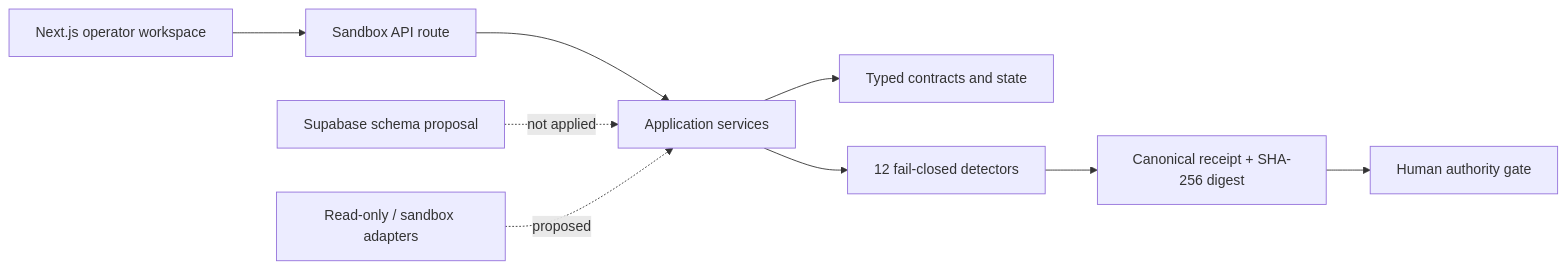
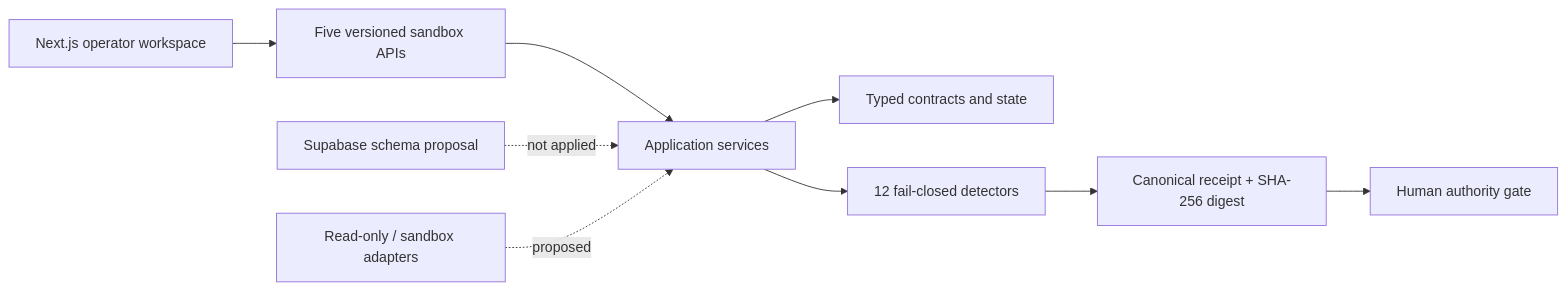
Before and after one commit to shrishmanglik/decision-rail: the diagram in README.md, drawn with Mermaid. The commit also changed other lines of this file and 49 other files, not shown here.

````diff
--- a/README.md
+++ b/README.md
@@ -37,11 +37,11 @@
 ```mermaid
 flowchart LR
-  UI["Next.js operator workspace"] --> API["Sandbox API route"]
+  UI["Next.js operator workspace"] --> API["Five versioned sandbox APIs"]
   API --> APP["Application services"]
   APP --> DOMAIN["Typed contracts and state"]
   APP --> DETECT["12 fail-closed detectors"]
   DETECT --> RECEIPT["Canonical receipt + SHA-256 digest"]
   RECEIPT --> HUMAN["Human authority gate"]
   SQL["Supabase schema proposal"] -. "not applied" .-> APP
   ADAPTERS["Read-only / sandbox adapters"] -. "proposed" .-> APP
 ```
````
